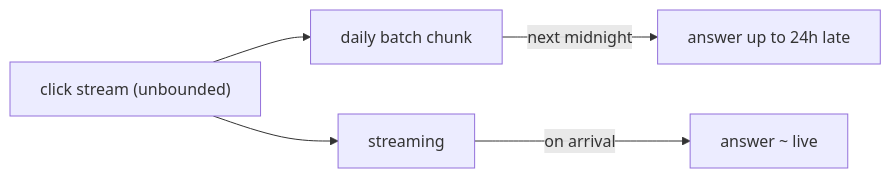
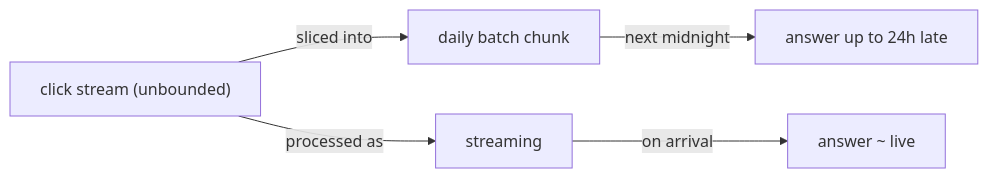
One commit to vinayakuber/streaming-systems-study-guide changed the tenth of 19 diagrams in docs/ch01-streaming-101.md. Above: the diagram before and after it, drawn with Mermaid. The commit also changed other lines of this file and 22 other files, not shown here.

First line of the commit message:
R18: label every diagram arrow with its meaning

````diff
--- a/docs/ch01-streaming-101.md
+++ b/docs/ch01-streaming-101.md
@@ -253,7 +253,7 @@
 ```mermaid
 flowchart LR
-  E["click stream (unbounded)"] --> B["daily batch chunk"]
+  E["click stream (unbounded)"] -->|"sliced into"| B["daily batch chunk"]
   B -->|next midnight| A["answer up to 24h late"]
-  E --> S["streaming"]
+  E -->|"processed as"| S["streaming"]
   S -->|on arrival| L["answer ~ live"]
 ```
````
